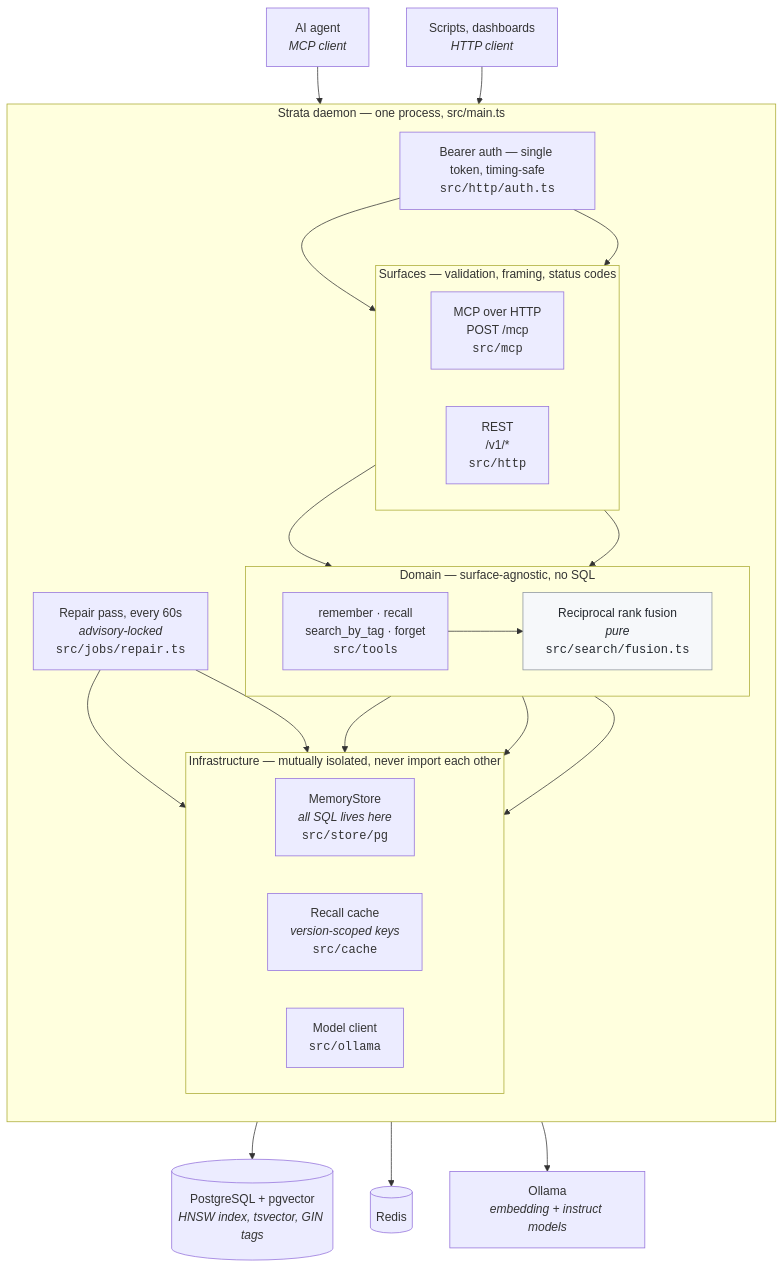
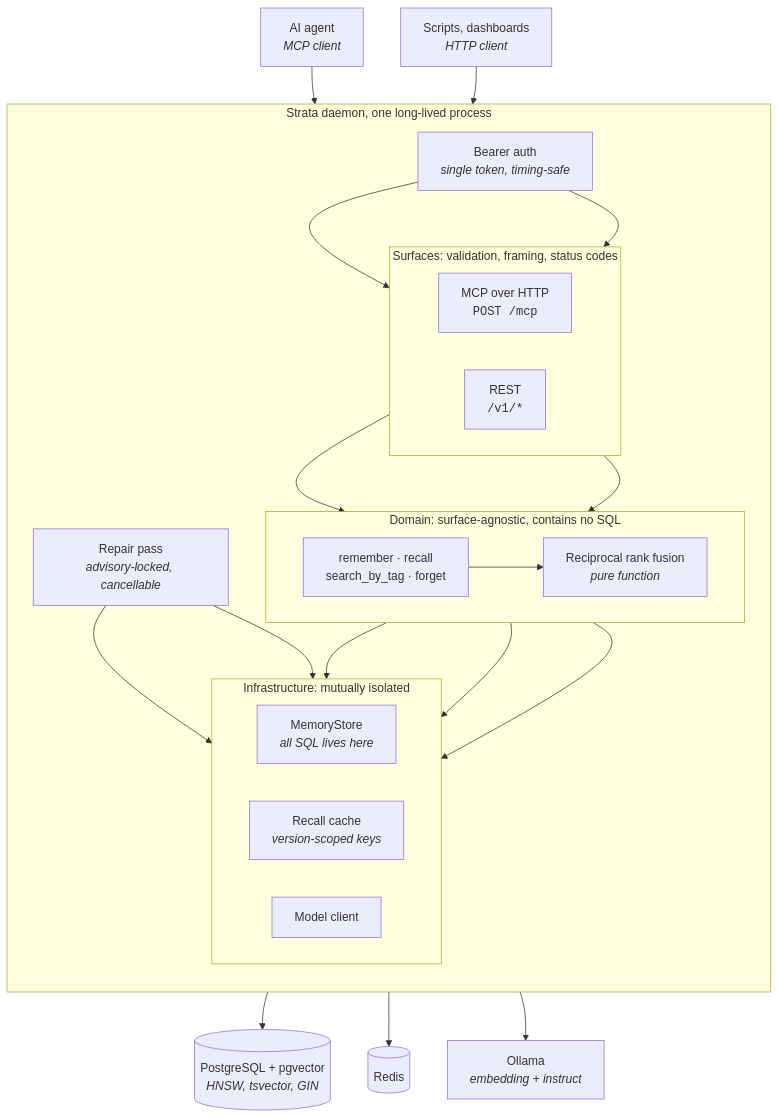
One commit to avinash-1707/Strata changed the diagram in README.md. Above: the diagram before and after it, drawn with Mermaid. The commit also changed other lines of this file and 3 other files, not shown here.

````diff
--- a/README.md
+++ b/README.md
@@ -32,54 +88,51 @@
 ```mermaid
 flowchart TB
     agent["AI agent<br/><i>MCP client</i>"]
     script["Scripts, dashboards<br/><i>HTTP client</i>"]
 
-    subgraph daemon["Strata daemon &mdash; one process, src/main.ts"]
+    subgraph daemon["Strata daemon, one long-lived process"]
         direction TB
-        auth["Bearer auth &mdash; single token, timing-safe<br/><code>src/http/auth.ts</code>"]
+        auth["Bearer auth<br/><i>single token, timing-safe</i>"]
 
-        subgraph surfaces["Surfaces &mdash; validation, framing, status codes"]
+        subgraph surfaces["Surfaces: validation, framing, status codes"]
             direction LR
-            mcp["MCP over HTTP<br/>POST /mcp<br/><code>src/mcp</code>"]
-            rest["REST<br/>/v1/*<br/><code>src/http</code>"]
+            mcp["MCP over HTTP<br/><code>POST /mcp</code>"]
+            rest["REST<br/><code>/v1/*</code>"]
         end
 
-        subgraph domain["Domain &mdash; surface-agnostic, no SQL"]
+        subgraph domain["Domain: surface-agnostic, contains no SQL"]
             direction LR
-            tools["remember &middot; recall<br/>search_by_tag &middot; forget<br/><code>src/tools</code>"]
-            fusion["Reciprocal rank fusion<br/><i>pure</i><br/><code>src/search/fusion.ts</code>"]
+            tools["remember &middot; recall<br/>search_by_tag &middot; forget"]
+            fusion["Reciprocal rank fusion<br/><i>pure function</i>"]
         end
 
-        repair["Repair pass, every 60s<br/><i>advisory-locked</i><br/><code>src/jobs/repair.ts</code>"]
+        repair["Repair pass<br/><i>advisory-locked, cancellable</i>"]
 
-        subgraph infra["Infrastructure &mdash; mutually isolated, never import each other"]
+        subgraph infra["Infrastructure: mutually isolated"]
             direction LR
-            store["MemoryStore<br/><i>all SQL lives here</i><br/><code>src/store/pg</code>"]
-            cache["Recall cache<br/><i>version-scoped keys</i><br/><code>src/cache</code>"]
-            models["Model client<br/><code>src/ollama</code>"]
+            store["MemoryStore<br/><i>all SQL lives here</i>"]
+            cache["Recall cache<br/><i>version-scoped keys</i>"]
+            models["Model client"]
         end
     end
 
-    pg[("PostgreSQL + pgvector<br/><i>HNSW index, tsvector, GIN tags</i>")]
+    pg[("PostgreSQL + pgvector<br/><i>HNSW, tsvector, GIN</i>")]
     redis[("Redis")]
-    ollama["Ollama<br/><i>embedding + instruct models</i>"]
+    ollama["Ollama<br/><i>embedding + instruct</i>"]
 
     agent --> auth
     script --> auth
     auth --> mcp
     auth --> rest
     mcp --> tools
     rest --> tools
     tools --> fusion
     tools --> store
     tools --> cache
     tools --> models
     repair --> store
     repair --> models
     store --> pg
     cache --> redis
     models --> ollama
-
-    classDef pure fill:#f6f8fa,stroke:#8b949e,color:#24292f
-    class fusion pure
 ```
````
